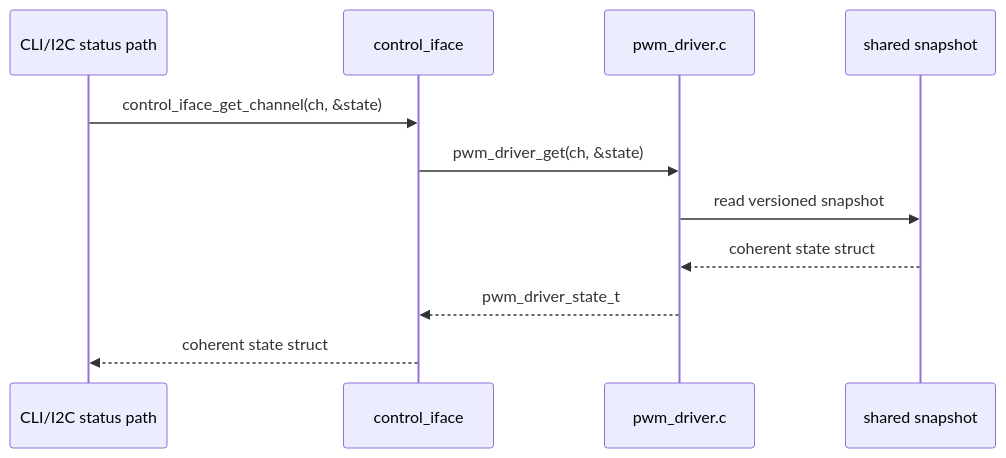
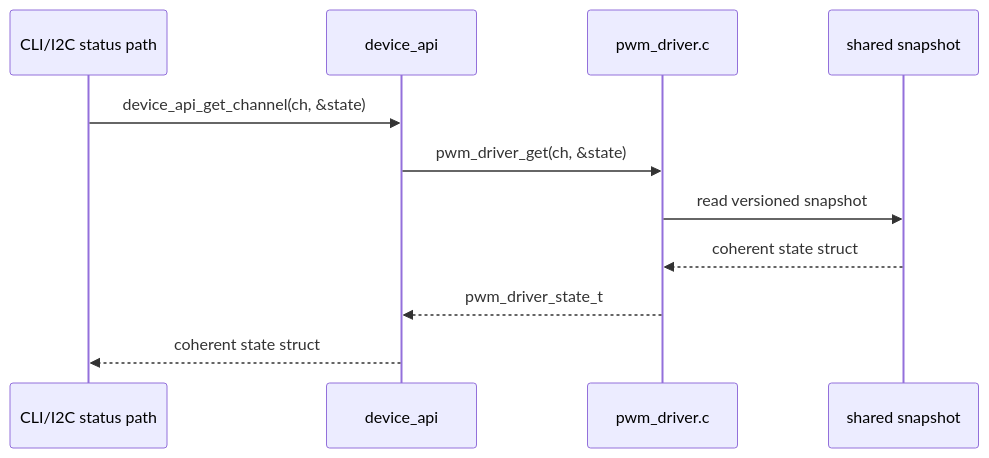
Before and after one commit to djwinter29-oss/PicoPWM: the seventh of 8 diagrams in docs/detail/pwm_driver_design.md, drawn with Mermaid. The commit also changed other lines of this file and 118 other files, not shown here.

````diff
--- a/docs/detail/pwm_driver_design.md
+++ b/docs/detail/pwm_driver_design.md
@@ -351,14 +373,14 @@
 ```mermaid
 sequenceDiagram
     participant UI as CLI/I2C status path
-    participant CTL as control_iface
+    participant CTL as device_api
     participant WR as pwm_driver.c
     participant SS as shared snapshot
 
-    UI->>CTL: control_iface_get_channel(ch, &state)
+    UI->>CTL: device_api_get_channel(ch, &state)
     CTL->>WR: pwm_driver_get(ch, &state)
     WR->>SS: read versioned snapshot
     SS-->>WR: coherent state struct
     WR-->>CTL: pwm_driver_state_t
     CTL-->>UI: coherent state struct
 ```
````
